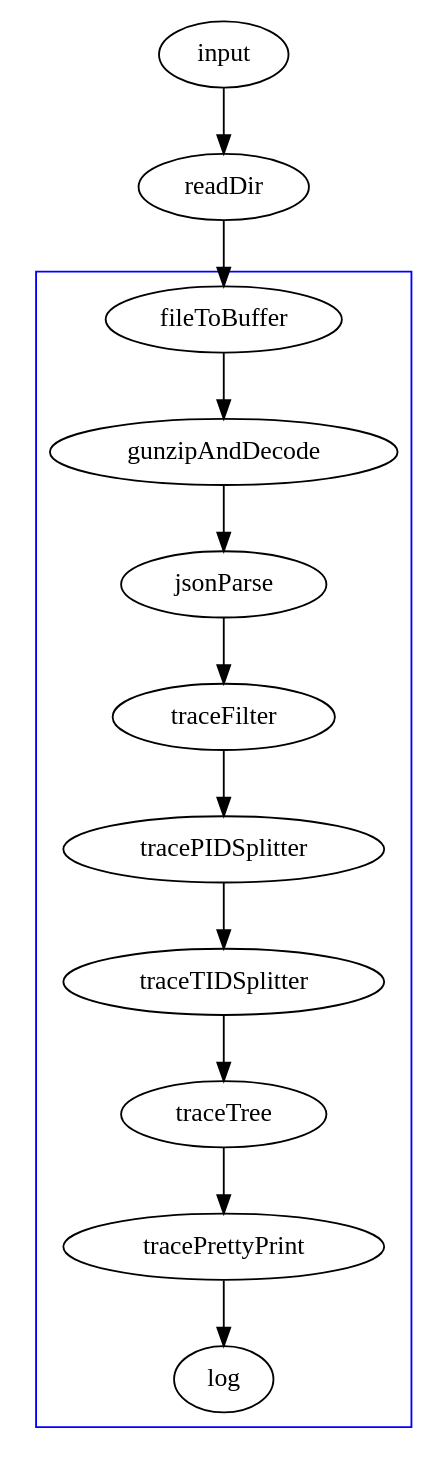
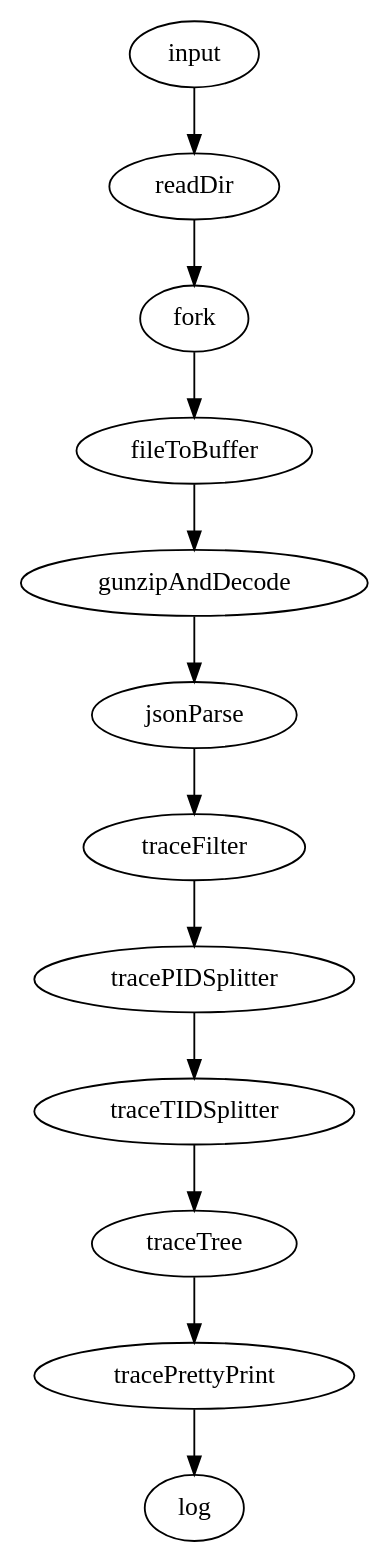
One commit to googlearchive/erlnmyr changed the diagram in trace.dot. Above: the diagram before and after it, drawn with Graphviz. The commit also changed 3 other files, not shown here.

```diff
--- a/trace.dot
+++ b/trace.dot
@@ -1,20 +1,18 @@
 digraph trace {
 
   imports="['trace-phases']"
 
-  subgraph cluster0 {
     fileToBuffer -> gunzipAndDecode -> jsonParse;
     jsonParse -> traceFilter -> tracePIDSplitter -> traceTIDSplitter -> traceTree;
     traceTree -> tracePrettyPrint -> log;
 
     color=blue;
     strategy=pipeline;
-  }
 
   input [data="traces"]
-  input -> readDir -> fileToBuffer;
+  input -> readDir -> fork -> fileToBuffer;
 
   log [tags="['filename']"]
   traceFilter [traceEvents="['Document::updateStyle','V8.Execute','CSSParserImpl::parseStyleSheet']"];
   tracePrettyPrint [showTrace="false"];
 }
```
